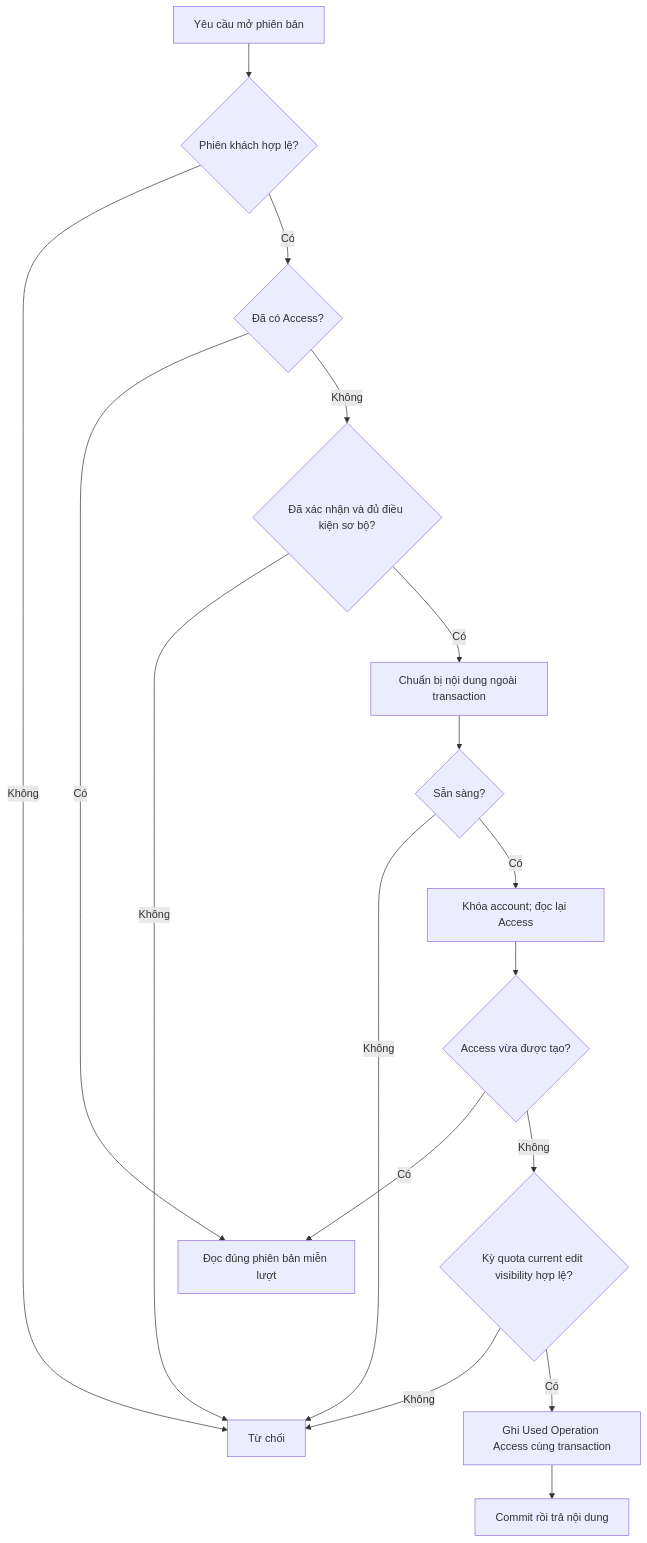
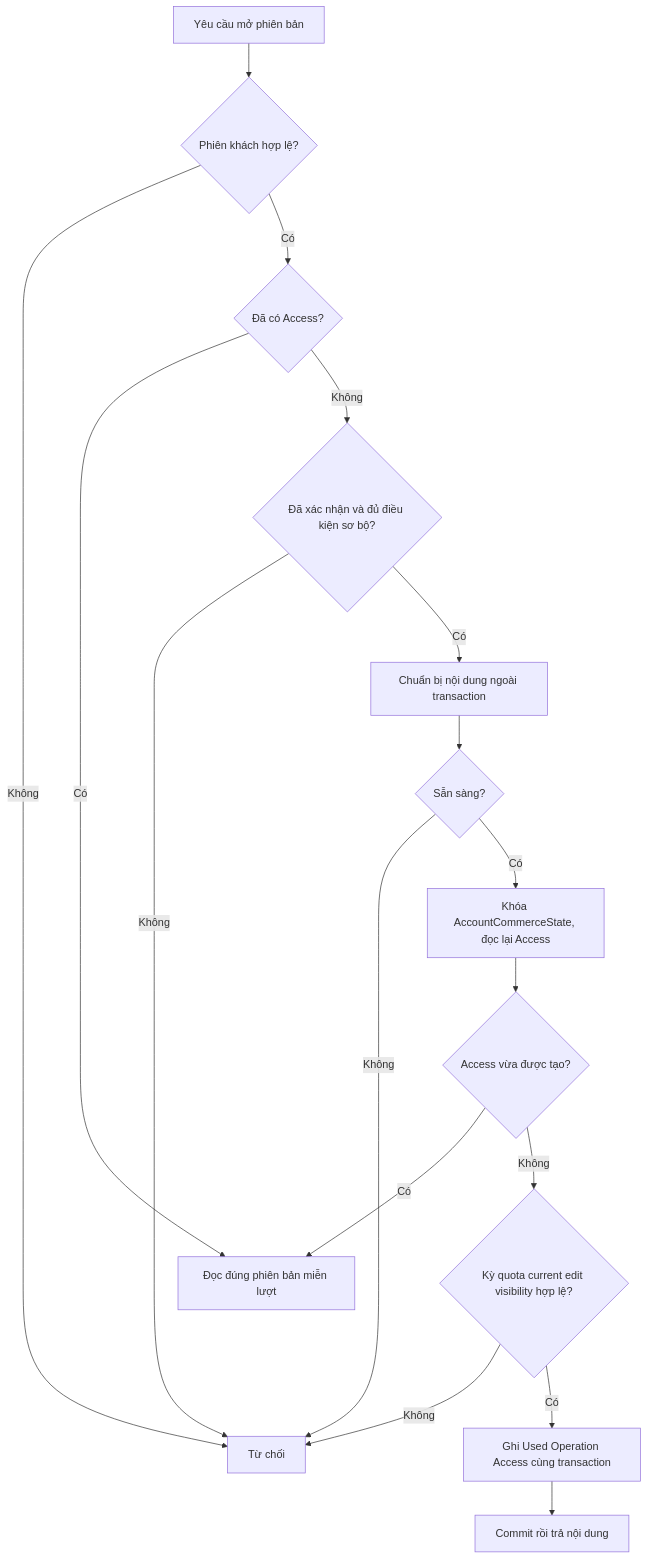
Before and after one commit to TaskCoper/bmt-documentation: the third of 5 diagrams in tdd/TDD-LIB-002.md, drawn with Mermaid. The commit also changed other lines of this file and 19 other files, not shown here.

````diff
--- a/tdd/TDD-LIB-002.md
+++ b/tdd/TDD-LIB-002.md
@@ -194,19 +196,19 @@
 ```mermaid
 flowchart TD
     A[Yêu cầu mở phiên bản] --> B{Phiên khách hợp lệ?}
     B -->|Không| X[Từ chối]
     B -->|Có| C{Đã có Access?}
     C -->|Có| R[Đọc đúng phiên bản miễn lượt]
     C -->|Không| D{Đã xác nhận và đủ điều kiện sơ bộ?}
     D -->|Không| X
     D -->|Có| E[Chuẩn bị nội dung ngoài transaction]
     E --> F{Sẵn sàng?}
     F -->|Không| X
-    F -->|Có| G[Khóa account; đọc lại Access]
+    F -->|Có| G[Khóa AccountCommerceState, đọc lại Access]
     G --> H{Access vừa được tạo?}
     H -->|Có| R
     H -->|Không| I{Kỳ quota current edit visibility hợp lệ?}
     I -->|Không| X
     I -->|Có| J[Ghi Used Operation Access cùng transaction]
     J --> K[Commit rồi trả nội dung]
 ```
````
